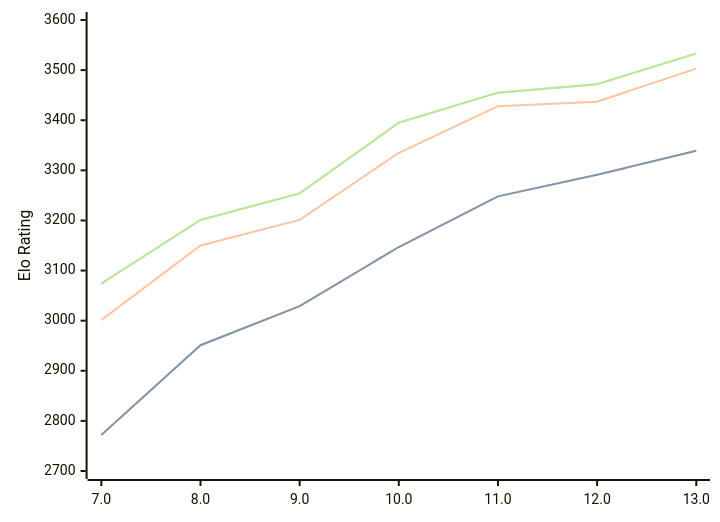
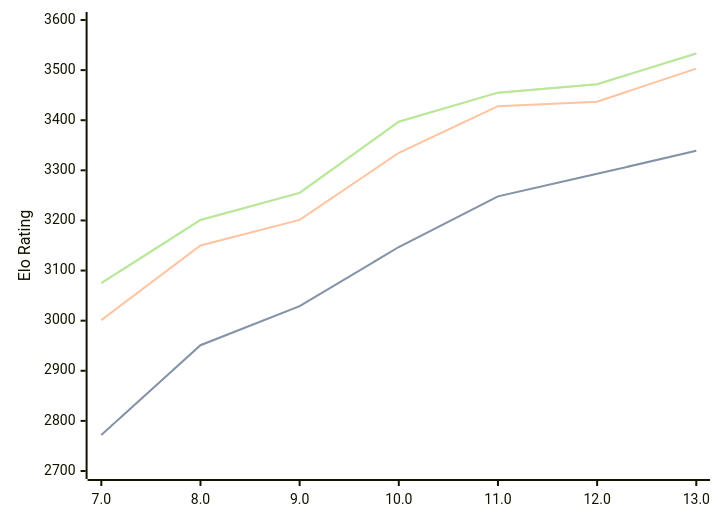
Before and after one commit to computer-chess-index/cci: the diagram in engines/Tcheran.md, drawn with Mermaid. The commit also changed other lines of this file, not shown here.

Commit message:
Update CCI Ratings (ELO VLTC) - 2026-10-08

````diff
--- a/engines/Tcheran.md
+++ b/engines/Tcheran.md
@@ -37,11 +37,11 @@
 ```mermaid
 %%{init: {"theme":"base","themeVariables":{"seriesColors:['#a3a3a3','#222221','#faa371']}}}%%
 xychart-beta
   x-axis ["7.0", "8.0", "9.0", "10.0", "11.0", "12.0", "13.0"]
   y-axis "Elo Rating" 2700 --> 3600
-  line "" [2772, 2951, 3029, 3147, 3248, 3291, 3339]
-  line "STC (8.0+0.08s)" [2772, 2951, 3029, 3147, 3248, 3291, 3339]
+  line "" [2772, 2951, 3029, 3147, 3248, 3293, 3339]
+  line "STC (8.0+0.08s)" [2772, 2951, 3029, 3147, 3248, 3293, 3339]
   line "LTC (60.0+0.60s)" [3001, 3150, 3201, 3335, 3428, 3437, 3503]
-  line "" [3074, 3201, 3254, 3395, 3455, 3472, 3533]
-  line "VLTC (2m24s+1.12s)" [3074, 3201, 3254, 3395, 3455, 3472, 3533]
+  line "" [3075, 3201, 3255, 3397, 3455, 3472, 3533]
+  line "VLTC (2m24s+1.12s)" [3075, 3201, 3255, 3397, 3455, 3472, 3533]
 ```
````
